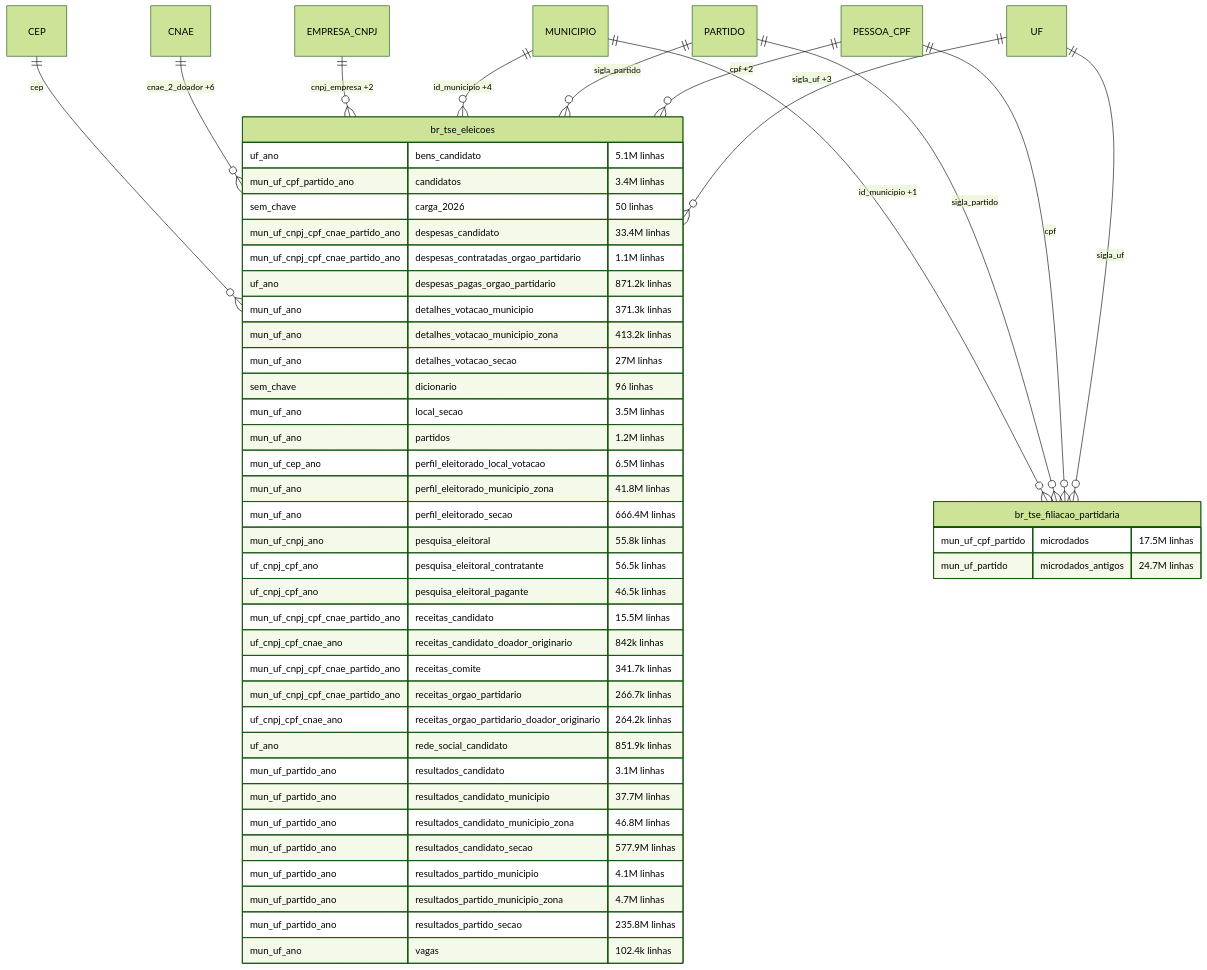
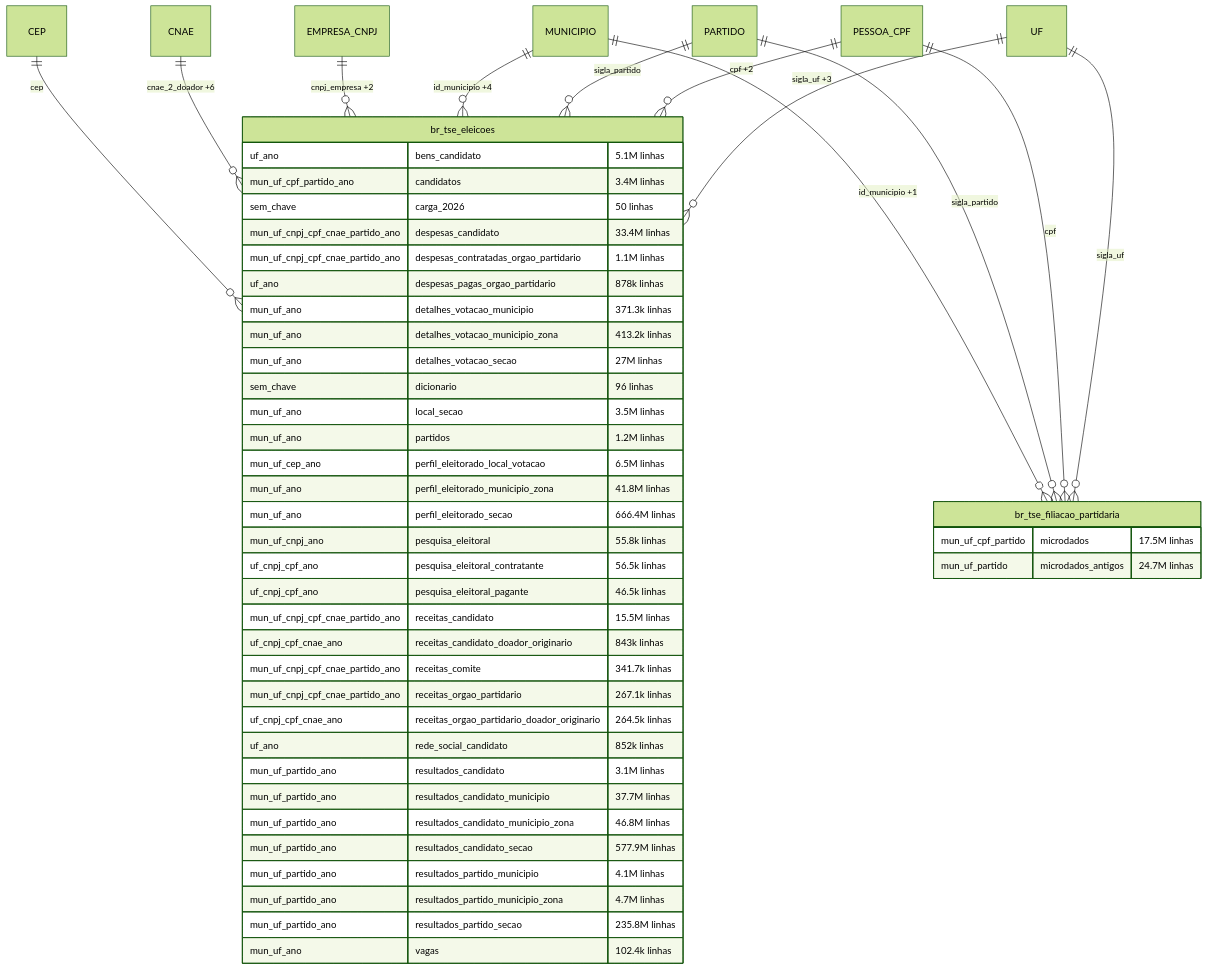
One commit to rafapolo/rodado changed diagram 20 of 37 in docs/mapa/ERD.md. Above: the diagram before and after it, drawn with Mermaid (forest theme). The commit also changed other lines of this file and 172 other files, not shown here.

````diff
--- a/docs/mapa/ERD.md
+++ b/docs/mapa/ERD.md
@@ -1860,52 +1885,52 @@
 ```mermaid
 erDiagram
     CEP ||--o{ br_tse_eleicoes : "cep"
     CNAE ||--o{ br_tse_eleicoes : "cnae_2_doador +6"
     EMPRESA_CNPJ ||--o{ br_tse_eleicoes : "cnpj_empresa +2"
     MUNICIPIO ||--o{ br_tse_eleicoes : "id_municipio +4"
     PARTIDO ||--o{ br_tse_eleicoes : "sigla_partido"
     PESSOA_CPF ||--o{ br_tse_eleicoes : "cpf +2"
     UF ||--o{ br_tse_eleicoes : "sigla_uf +3"
     MUNICIPIO ||--o{ br_tse_filiacao_partidaria : "id_municipio +1"
     PARTIDO ||--o{ br_tse_filiacao_partidaria : "sigla_partido"
     PESSOA_CPF ||--o{ br_tse_filiacao_partidaria : "cpf"
     UF ||--o{ br_tse_filiacao_partidaria : "sigla_uf"
     br_tse_eleicoes {
         uf_ano bens_candidato "5.1M linhas"
         mun_uf_cpf_partido_ano candidatos "3.4M linhas"
         sem_chave carga_2026 "50 linhas"
         mun_uf_cnpj_cpf_cnae_partido_ano despesas_candidato "33.4M linhas"
         mun_uf_cnpj_cpf_cnae_partido_ano despesas_contratadas_orgao_partidario "1.1M linhas"
-        uf_ano despesas_pagas_orgao_partidario "871.2k linhas"
+        uf_ano despesas_pagas_orgao_partidario "878k linhas"
         mun_uf_ano detalhes_votacao_municipio "371.3k linhas"
         mun_uf_ano detalhes_votacao_municipio_zona "413.2k linhas"
         mun_uf_ano detalhes_votacao_secao "27M linhas"
         sem_chave dicionario "96 linhas"
         mun_uf_ano local_secao "3.5M linhas"
         mun_uf_ano partidos "1.2M linhas"
         mun_uf_cep_ano perfil_eleitorado_local_votacao "6.5M linhas"
         mun_uf_ano perfil_eleitorado_municipio_zona "41.8M linhas"
         mun_uf_ano perfil_eleitorado_secao "666.4M linhas"
         mun_uf_cnpj_ano pesquisa_eleitoral "55.8k linhas"
         uf_cnpj_cpf_ano pesquisa_eleitoral_contratante "56.5k linhas"
         uf_cnpj_cpf_ano pesquisa_eleitoral_pagante "46.5k linhas"
         mun_uf_cnpj_cpf_cnae_partido_ano receitas_candidato "15.5M linhas"
-        uf_cnpj_cpf_cnae_ano receitas_candidato_doador_originario "842k linhas"
+        uf_cnpj_cpf_cnae_ano receitas_candidato_doador_originario "843k linhas"
         mun_uf_cnpj_cpf_cnae_partido_ano receitas_comite "341.7k linhas"
-        mun_uf_cnpj_cpf_cnae_partido_ano receitas_orgao_partidario "266.7k linhas"
-        uf_cnpj_cpf_cnae_ano receitas_orgao_partidario_doador_originario "264.2k linhas"
-        uf_ano rede_social_candidato "851.9k linhas"
+        mun_uf_cnpj_cpf_cnae_partido_ano receitas_orgao_partidario "267.1k linhas"
+        uf_cnpj_cpf_cnae_ano receitas_orgao_partidario_doador_originario "264.5k linhas"
+        uf_ano rede_social_candidato "852k linhas"
         mun_uf_partido_ano resultados_candidato "3.1M linhas"
         mun_uf_partido_ano resultados_candidato_municipio "37.7M linhas"
         mun_uf_partido_ano resultados_candidato_municipio_zona "46.8M linhas"
         mun_uf_partido_ano resultados_candidato_secao "577.9M linhas"
         mun_uf_partido_ano resultados_partido_municipio "4.1M linhas"
         mun_uf_partido_ano resultados_partido_municipio_zona "4.7M linhas"
         mun_uf_partido_ano resultados_partido_secao "235.8M linhas"
         mun_uf_ano vagas "102.4k linhas"
     }
     br_tse_filiacao_partidaria {
         mun_uf_cpf_partido microdados "17.5M linhas"
         mun_uf_partido microdados_antigos "24.7M linhas"
     }
 ```
````
